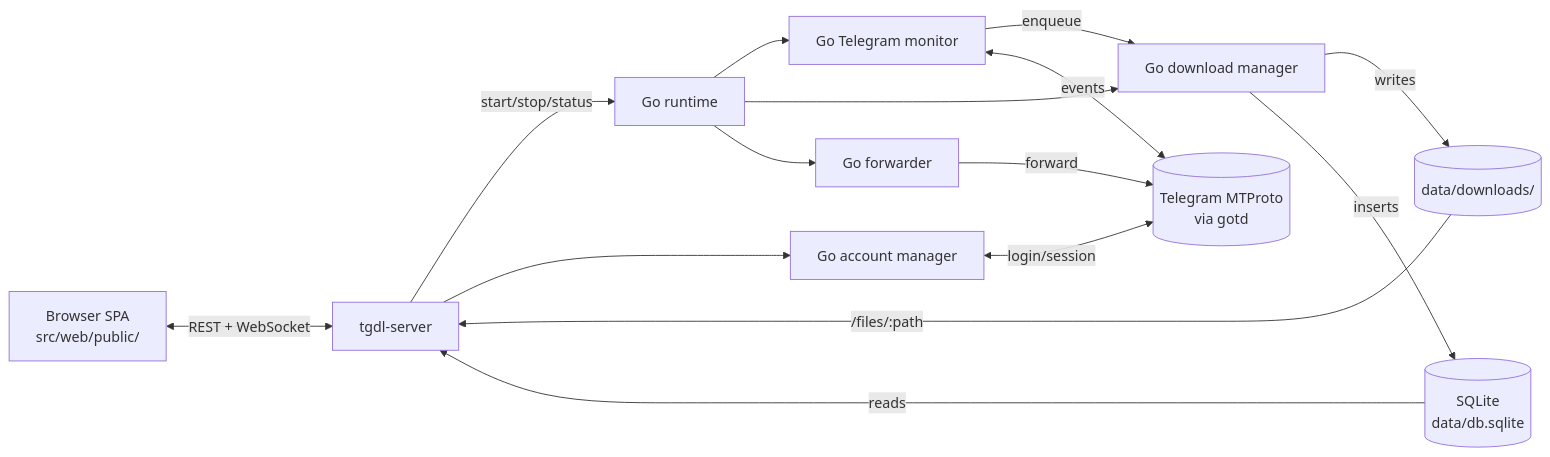
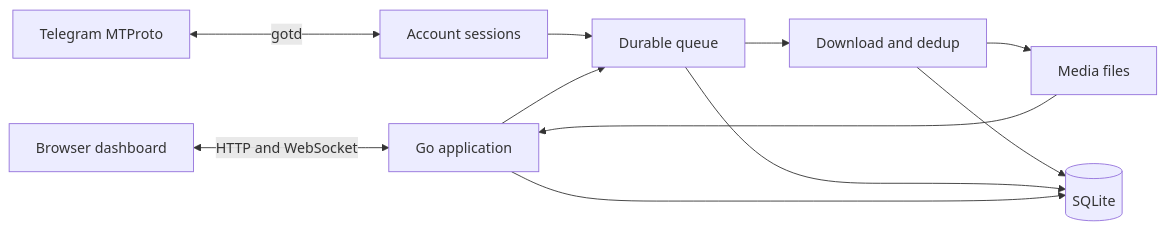
One commit to botnick/telegram-media-downloader changed the diagram in docs/ARCHITECTURE.md. Above: the diagram before and after it, drawn with Mermaid. The commit also changed other lines of this file and 412 other files, not shown here.

````diff
--- a/docs/ARCHITECTURE.md
+++ b/docs/ARCHITECTURE.md
@@ -28,28 +17,13 @@
 ```mermaid
 flowchart LR
-    user[Browser SPA<br/>src/web/public/]
-    server[tgdl-server]
-    runtime[Go runtime]
-    monitor[Go Telegram monitor]
-    downloader[Go download manager]
-    forwarder[Go forwarder]
-    am[Go account manager]
-    db[(SQLite<br/>data/db.sqlite)]
-    fs[(data/downloads/)]
-    tg[(Telegram MTProto<br/>via gotd)]
-
-    user <-- REST + WebSocket --> server
-    server -- start/stop/status --> runtime
-    runtime --> monitor
-    runtime --> downloader
-    runtime --> forwarder
-    server --> am
-    monitor -- enqueue --> downloader
-    forwarder -- forward --> tg
-    am <-- login/session --> tg
-    monitor <-- events --> tg
-    downloader -- writes --> fs
-    downloader -- inserts --> db
-    db -- reads --> server
-    fs -- /files/:path --> server
+    browser[Browser dashboard] <-- HTTP and WebSocket --> app[Go application]
+    telegram[Telegram MTProto] <-- gotd --> accounts[Account sessions]
+    accounts --> engine[Durable queue]
+    app --> engine
+    engine --> download[Download and dedup]
+    download --> files[Media files]
+    download --> db[(SQLite)]
+    engine --> db
+    app --> db
+    files --> app
 ```
````
